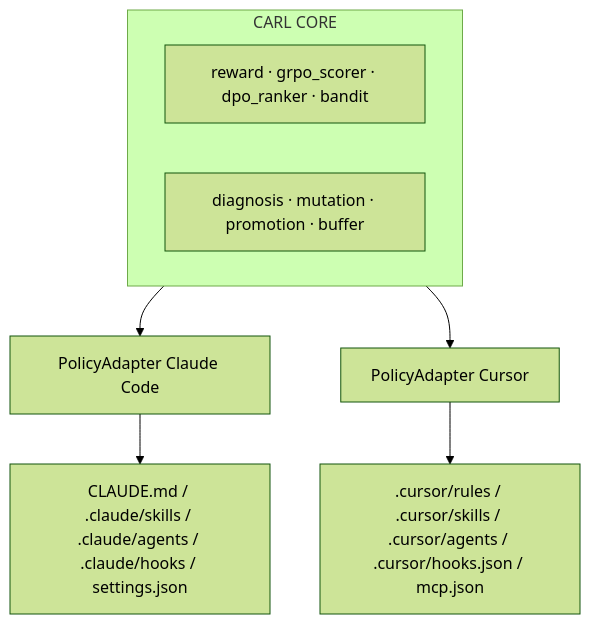
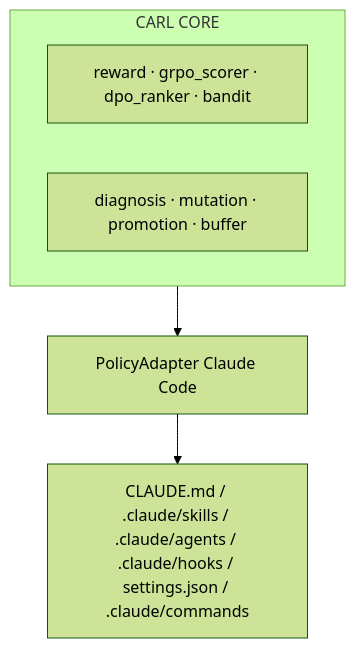
The diagram in README.md (anni-stanford/carl), drawn with Mermaid (forest theme) before and after one commit. The commit also changed other lines of this file and 36 other files, not shown here.

````diff
--- a/README.md
+++ b/README.md
@@ -97,11 +59,9 @@
 ```mermaid
 flowchart TB
     subgraph CORE[CARL CORE]
         R[reward · grpo_scorer · dpo_ranker · bandit]
         D[diagnosis · mutation · promotion · buffer]
     end
     CORE --> CC_AD[PolicyAdapter Claude Code]
-    CORE --> CU_AD[PolicyAdapter Cursor]
-    CC_AD --> CC[CLAUDE.md / .claude/skills / .claude/agents / .claude/hooks / settings.json]
-    CU_AD --> CU[.cursor/rules / .cursor/skills / .cursor/agents / .cursor/hooks.json / mcp.json]
+    CC_AD --> CC[CLAUDE.md / .claude/skills / .claude/agents / .claude/hooks / settings.json / .claude/commands]
 ```
````
